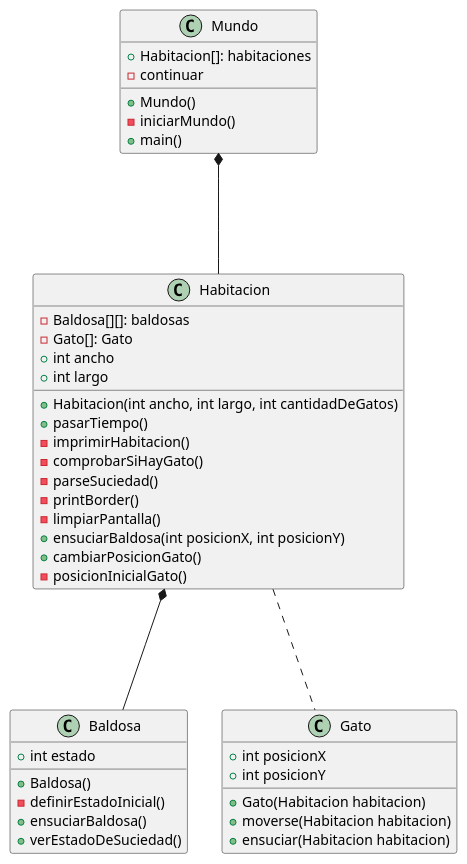
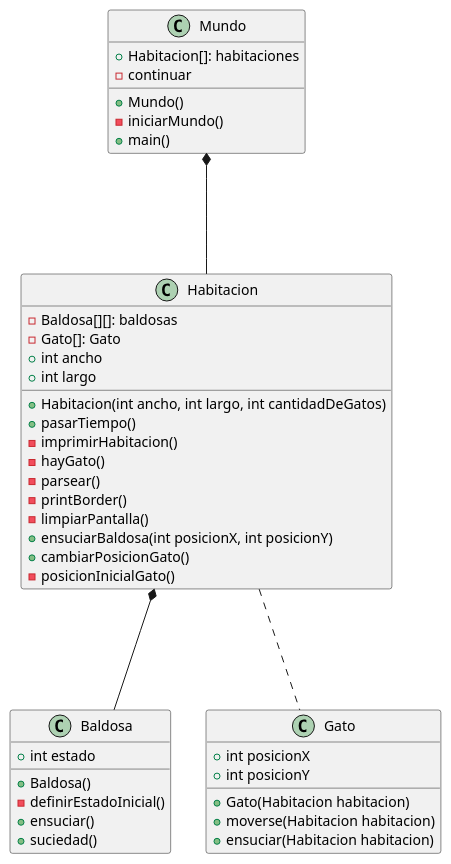
One commit to mmasias/theWorld changed the diagram in modelosUML/diagrama001.puml. Above: the diagram before and after it, drawn with PlantUML. The commit also changed 5 other files, not shown here.

```diff
--- a/modelosUML/diagrama001.puml
+++ b/modelosUML/diagrama001.puml
@@ -1,50 +1,50 @@
 @startuml
 
 class Mundo{
     + Habitacion[]: habitaciones
     + Mundo()
     - iniciarMundo()
     - continuar
     + main()
 }
 
 class Habitacion {
     - Baldosa[][]: baldosas
     - Gato[]: Gato
     + int ancho
     + int largo
     + Habitacion(int ancho, int largo, int cantidadDeGatos)
     + pasarTiempo()
     - imprimirHabitacion()
-    - comprobarSiHayGato()
-    - parseSuciedad()
+    - hayGato()
+    - parsear()
     - printBorder()
     - limpiarPantalla()
     + ensuciarBaldosa(int posicionX, int posicionY)
     + cambiarPosicionGato()
     - posicionInicialGato()
 }
 
 class Baldosa{
     + int estado
     + Baldosa()
     - definirEstadoInicial()
-    + ensuciarBaldosa()
-    + verEstadoDeSuciedad()
+    + ensuciar()
+    + suciedad()
 }
 
 class Gato{
     + int posicionX
     + int posicionY
     + Gato(Habitacion habitacion)
     + moverse(Habitacion habitacion)
     + ensuciar(Habitacion habitacion)
 
 }
 
 Mundo *-D-- Habitacion
 
 Habitacion *-D-- Baldosa 
 Habitacion ... Gato
 
 @enduml
```
